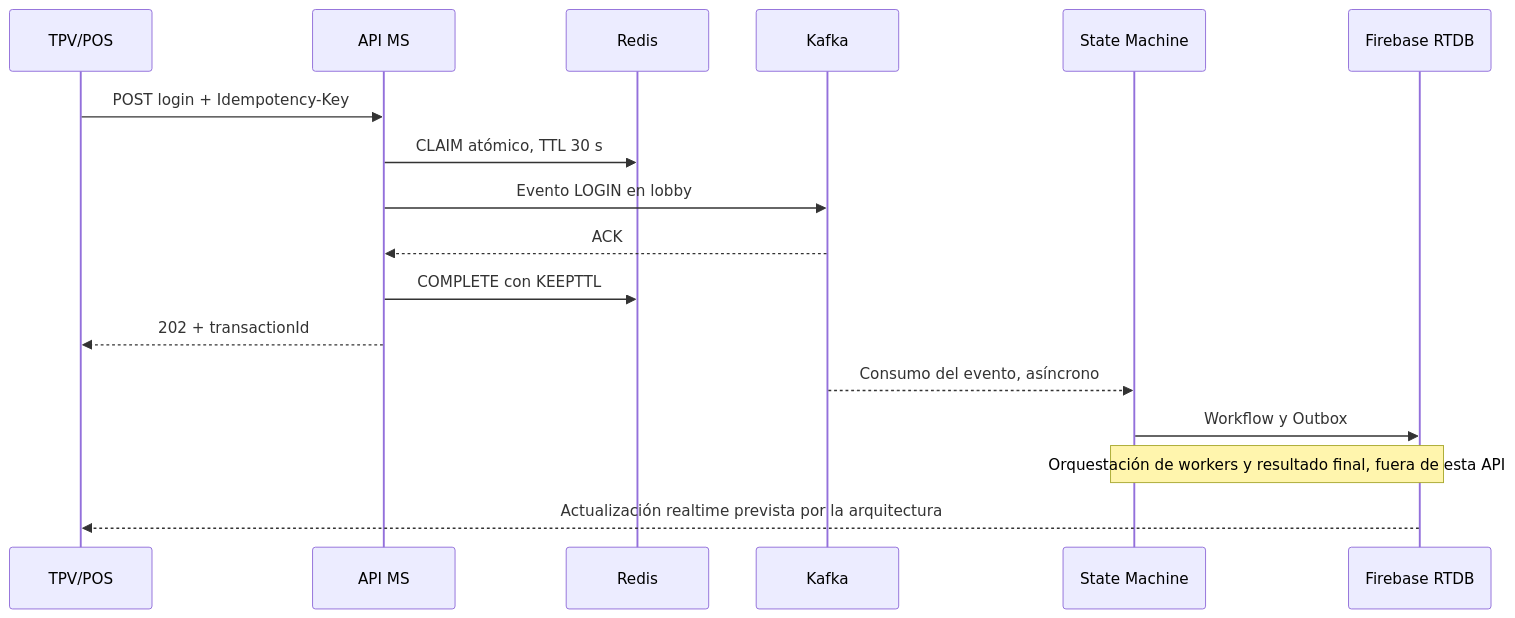
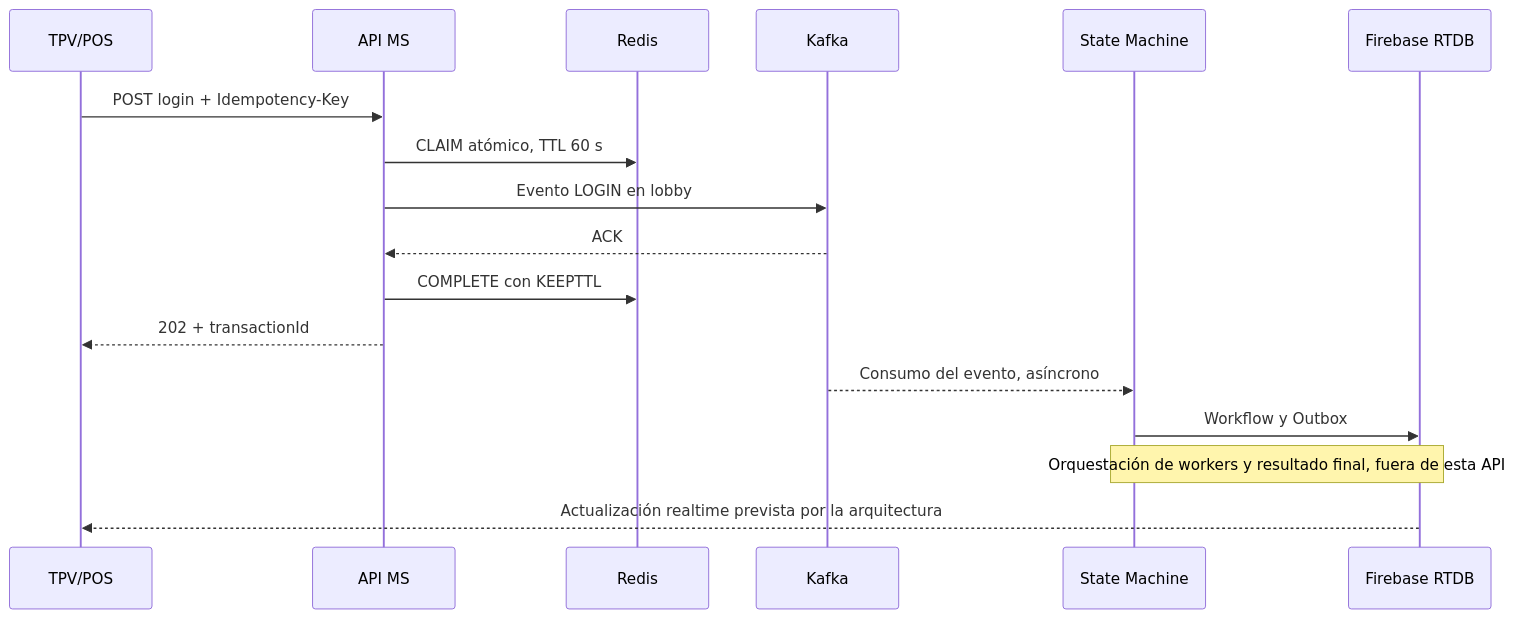
The diagram in README.md (renelee121/leenustechs-cia-api), drawn with Mermaid before and after one commit. The commit also changed other lines of this file and 3 other files, not shown here.

Commit message:
Increase Redis idempotency TTL to 60 seconds

````diff
--- a/README.md
+++ b/README.md
@@ -34,19 +34,19 @@
 ```mermaid
 sequenceDiagram
     participant TPV as TPV/POS
     participant API as API MS
     participant Redis
     participant Kafka
     participant State as State Machine
     participant RTDB as Firebase RTDB
     TPV->>API: POST login + Idempotency-Key
-    API->>Redis: CLAIM atómico, TTL 30 s
+    API->>Redis: CLAIM atómico, TTL 60 s
     API->>Kafka: Evento LOGIN en lobby
     Kafka-->>API: ACK
     API->>Redis: COMPLETE con KEEPTTL
     API-->>TPV: 202 + transactionId
     Kafka-->>State: Consumo del evento, asíncrono
     State->>RTDB: Workflow y Outbox
     Note over State,RTDB: Orquestación de workers y resultado final, fuera de esta API
     RTDB-->>TPV: Actualización realtime prevista por la arquitectura
 ```
````
